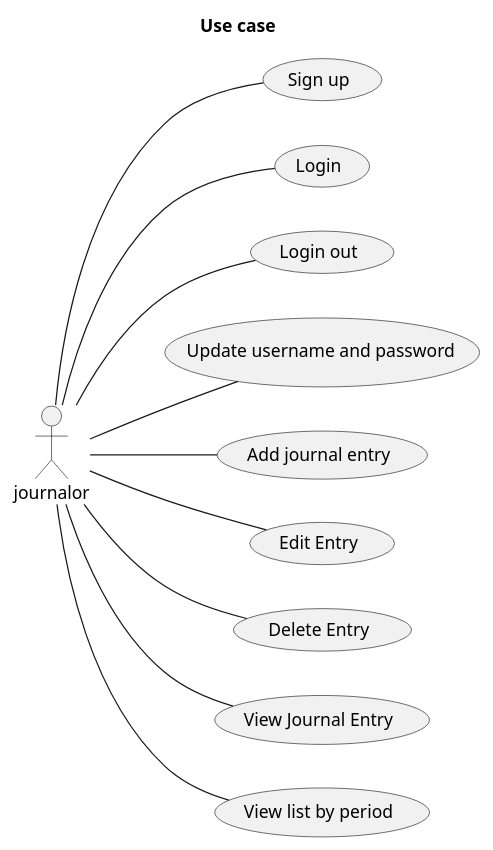
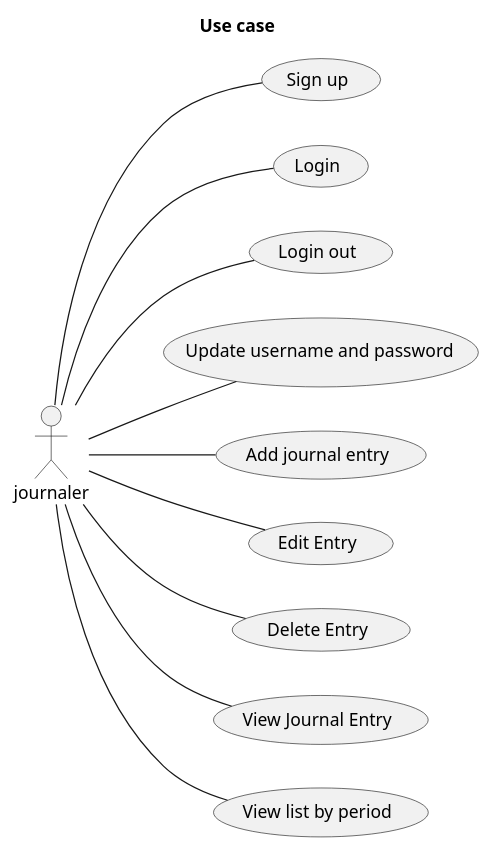
Before and after one commit to Tevingatheru/journal-react: the diagram in docs/use-case.md, drawn with PlantUML. The commit also changed 3 other files, not shown here.

````diff
--- a/docs/use-case.md
+++ b/docs/use-case.md
@@ -1,29 +1,29 @@
 ```plantuml
 @startuml
 
 title Use case
 
-actor "journalor" as journalor
+actor "journaler" as journaler
 
 usecase "Sign up" as s
 usecase "Login" as l
 usecase "Login out" as lo
 usecase "Update username and password" as up
 usecase "Add journal entry" as add 
 usecase "Edit Entry" as edit
 usecase "Delete Entry" as delete
 usecase "View Journal Entry" as view
 usecase "View list by period" as period
 left to right direction
 
-journalor -- s
-journalor -- lo
-journalor -- l
-journalor -- add
-journalor -- edit
-journalor -- delete
-journalor -- view
-journalor -- period
-journalor -- up
+journaler -- s
+journaler -- lo
+journaler -- l
+journaler -- add
+journaler -- edit
+journaler -- delete
+journaler -- view
+journaler -- period
+journaler -- up
 @endum
 ```
````
